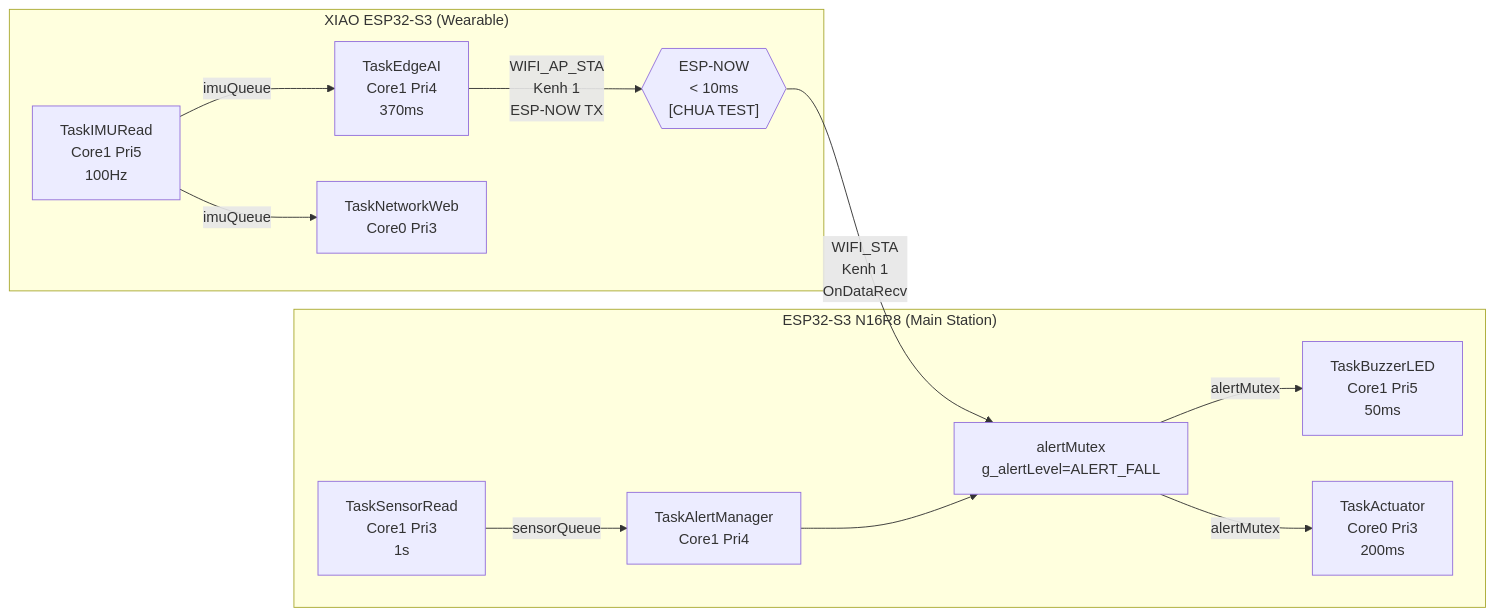
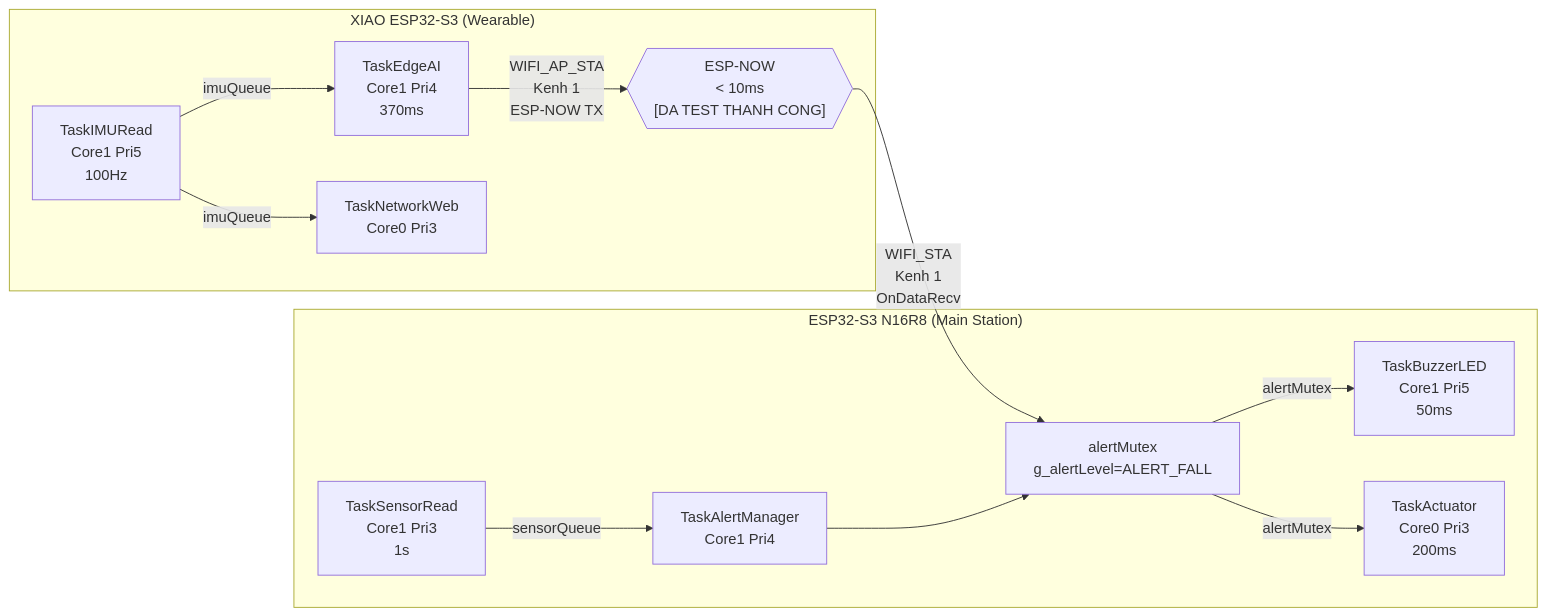
The first of 8 diagrams in Flowchart/nguyen-ly-hoat-dong-flowchart.md (DKiet33/MAIN_PROJECT_THAYKIEN_MPU6050_XIAO), drawn with Mermaid before and after one commit. The commit also changed other lines of this file and 12 other files, not shown here.

````diff
--- a/Flowchart/nguyen-ly-hoat-dong-flowchart.md
+++ b/Flowchart/nguyen-ly-hoat-dong-flowchart.md
@@ -11,19 +11,19 @@
 ```mermaid
 flowchart LR
     subgraph W["XIAO ESP32-S3 (Wearable)"]
         W1[TaskIMURead\nCore1 Pri5\n100Hz] -->|imuQueue| W2[TaskEdgeAI\nCore1 Pri4\n370ms]
         W2 -->|"WIFI_AP_STA\nKenh 1\nESP-NOW TX"| ESPNOW
         W3[TaskNetworkWeb\nCore0 Pri3] 
         W1 -->|imuQueue| W3
     end
 
-    ESPNOW{{"ESP-NOW\n< 10ms\n[CHUA TEST]"}}
+    ESPNOW{{"ESP-NOW\n< 10ms\n[DA TEST THANH CONG]"}}
 
     subgraph M["ESP32-S3 N16R8 (Main Station)"]
         ESPNOW -->|"WIFI_STA\nKenh 1\nOnDataRecv"| M1[alertMutex\ng_alertLevel=ALERT_FALL]
         M2[TaskSensorRead\nCore1 Pri3\n1s] -->|sensorQueue| M3[TaskAlertManager\nCore1 Pri4]
         M3 --> M1
         M1 -->|alertMutex| M4[TaskBuzzerLED\nCore1 Pri5\n50ms]
         M1 -->|alertMutex| M5[TaskActuator\nCore0 Pri3\n200ms]
     end
 ```
````
